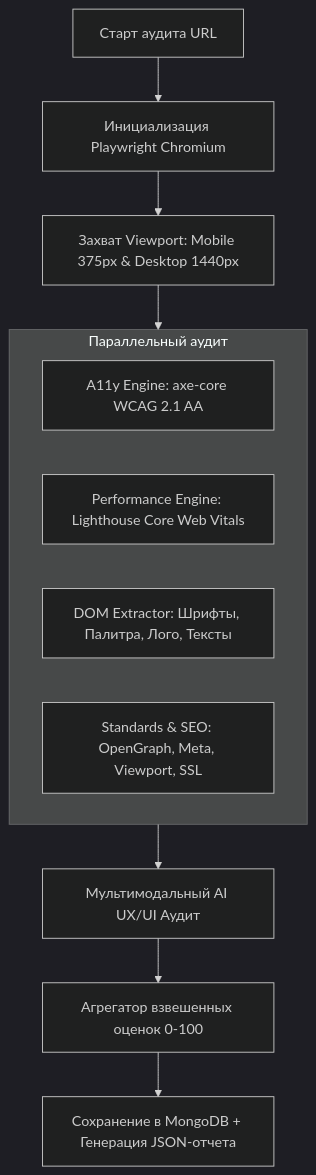
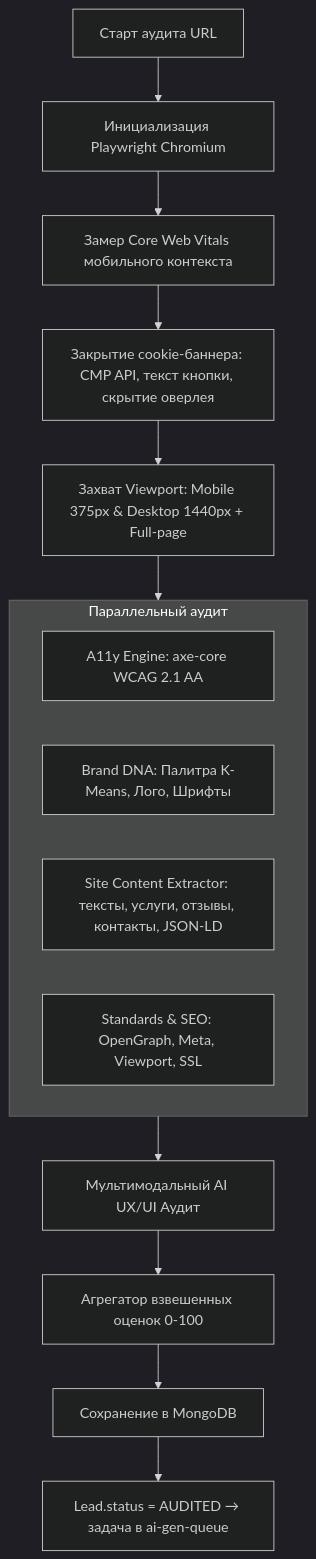
The fourth of 10 diagrams in blueprint.md (yurykurouski/revamp-docs), drawn with Mermaid (dark theme) before and after one commit. The commit also changed other lines of this file and 6 other files, not shown here.

````diff
--- a/blueprint.md
+++ b/blueprint.md
@@ -87,17 +168,20 @@
 ```mermaid
 flowchart TD
     Start[Старт аудита URL] --> BrowserLaunch[Инициализация Playwright Chromium]
-    BrowserLaunch --> Capture[Захват Viewport: Mobile 375px & Desktop 1440px]
+    BrowserLaunch --> Vitals[Замер Core Web Vitals мобильного контекста]
+    Vitals --> Consent[Закрытие cookie-баннера: CMP API, текст кнопки, скрытие оверлея]
+    Consent --> Capture[Захват Viewport: Mobile 375px & Desktop 1440px + Full-page]
     Capture --> ParallelWork
     
     subgraph ParallelWork [Параллельный аудит]
         Axe[A11y Engine: axe-core WCAG 2.1 AA]
-        LH[Performance Engine: Lighthouse Core Web Vitals]
-        DOM[DOM Extractor: Шрифты, Палитра, Лого, Тексты]
+        DOM[Brand DNA: Палитра K-Means, Лого, Шрифты]
+        Content[Site Content Extractor: тексты, услуги, отзывы, контакты, JSON-LD]
         SEO[Standards & SEO: OpenGraph, Meta, Viewport, SSL]
     end
 
     ParallelWork --> VisionAnalysis[Мультимодальный AI UX/UI Аудит]
     VisionAnalysis --> ScoreAggregator[Агрегатор взвешенных оценок 0-100]
-    ScoreAggregator --> SaveDB[Сохранение в MongoDB + Генерация JSON-отчета]
+    ScoreAggregator --> SaveDB[Сохранение в MongoDB]
+    SaveDB --> Chain[Lead.status = AUDITED → задача в ai-gen-queue]
 ```
````
